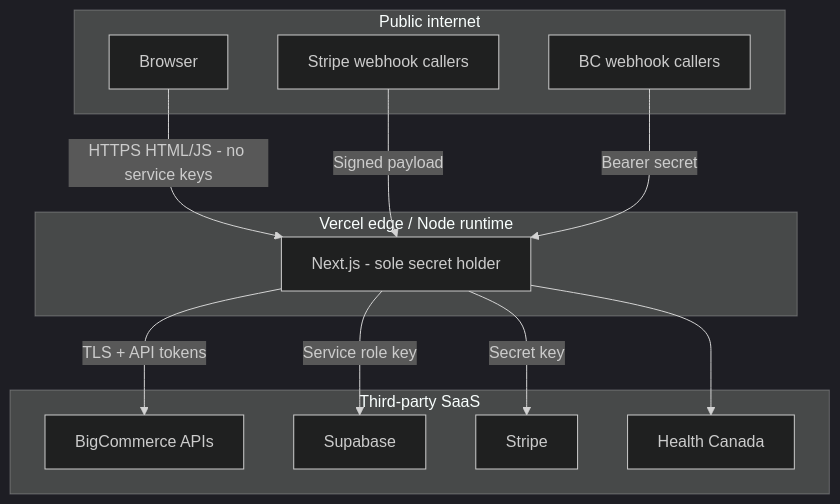
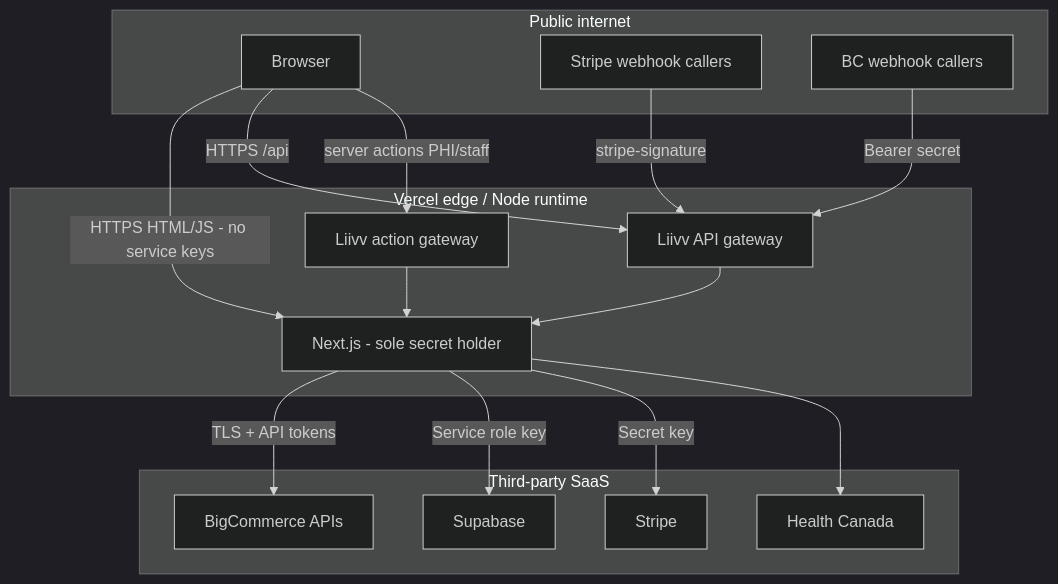
The first of 5 diagrams in docs/Liivv-Architecture.md (lolo19950603/liivv-test-catalyst-app), drawn with Mermaid (dark theme) before and after one commit. The commit also changed other lines of this file and 100 other files, not shown here.

````diff
--- a/docs/Liivv-Architecture.md
+++ b/docs/Liivv-Architecture.md
@@ -187,27 +226,33 @@
 ```mermaid
 flowchart TB
   subgraph Public["Public internet"]
     Browser
     StripeWH[Stripe webhook callers]
     BCWH[BC webhook callers]
   end
 
   subgraph Edge["Vercel edge / Node runtime"]
+    Gw[Liivv API gateway]
+    Agw[Liivv action gateway]
     Next[Next.js - sole secret holder]
   end
 
   subgraph SaaS["Third-party SaaS"]
     BC[BigCommerce APIs]
     SB[Supabase]
     ST[Stripe]
     DPD[Health Canada]
   end
 
   Browser -->|HTTPS HTML/JS - no service keys| Next
-  StripeWH -->|Signed payload| Next
-  BCWH -->|Bearer secret| Next
+  Browser -->|HTTPS /api| Gw
+  Browser -->|server actions PHI/staff| Agw
+  StripeWH -->|stripe-signature| Gw
+  BCWH -->|Bearer secret| Gw
+  Gw --> Next
+  Agw --> Next
   Next -->|TLS + API tokens| BC
   Next -->|Service role key| SB
   Next -->|Secret key| ST
   Next --> DPD
 ```
````
